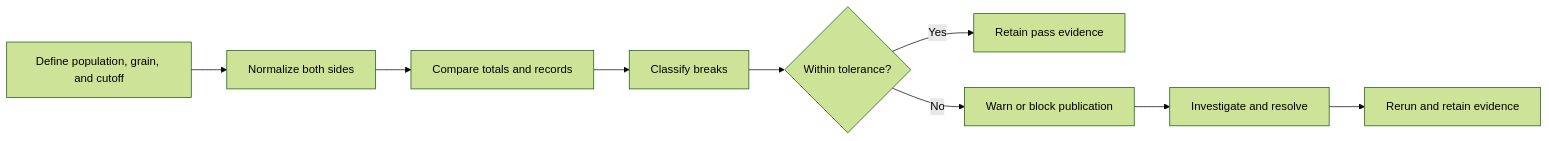
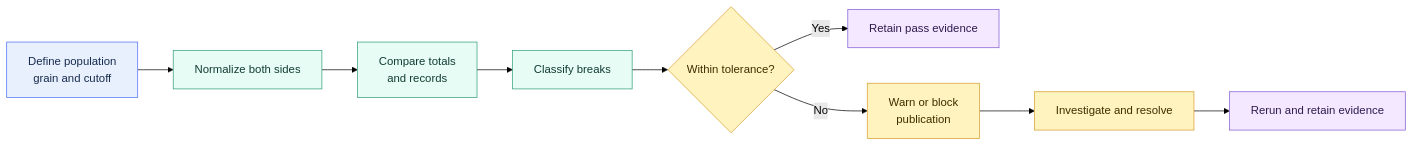
Before and after one commit to shonningsoy/Upskill: the diagram in 02 dbt/02 Modeling Patterns and Layering/20 Reconciliation Models.md, drawn with Mermaid (forest theme). The commit also changed other lines of this file and 31 other files, not shown here.

````diff
--- a/02 dbt/02 Modeling Patterns and Layering/20 Reconciliation Models.md
+++ b/02 dbt/02 Modeling Patterns and Layering/20 Reconciliation Models.md
@@ -66,11 +67,22 @@
 ```mermaid
 flowchart LR
-    A["Define population, grain, and cutoff"] --> B["Normalize both sides"]
-    B --> C["Compare totals and records"]
-    C --> D["Classify breaks"]
-    D --> E{"Within tolerance?"}
-    E -- "Yes" --> F["Retain pass evidence"]
-    E -- "No" --> G["Warn or block publication"]
-    G --> H["Investigate and resolve"]
-    H --> I["Rerun and retain evidence"]
+    DEFINE["Define population<br/>grain and cutoff"] --> NORMALIZE["Normalize both sides"]
+    NORMALIZE --> COMPARE["Compare totals<br/>and records"]
+    COMPARE --> BREAKS["Classify breaks"]
+    BREAKS --> TOL{"Within tolerance?"}
+    TOL -- "Yes" --> PASS["Retain pass evidence"]
+    TOL -- "No" --> BLOCK["Warn or block<br/>publication"]
+    BLOCK --> RESOLVE["Investigate and resolve"]
+    RESOLVE --> RERUN["Rerun and retain evidence"]
+
+    classDef input fill:#E8F0FE,stroke:#4C6EF5,color:#172B4D
+    classDef control fill:#FFF3BF,stroke:#D69E2E,color:#3D2E00
+    classDef dbt fill:#E6FCF5,stroke:#2F9E7B,color:#123C34
+    classDef platform fill:#F1F3F5,stroke:#868E96,color:#212529
+    classDef output fill:#F3E8FF,stroke:#805AD5,color:#2D1B4E
+
+    class DEFINE input
+    class NORMALIZE,COMPARE,BREAKS dbt
+    class TOL,BLOCK,RESOLVE control
+    class PASS,RERUN output
 ```
````
